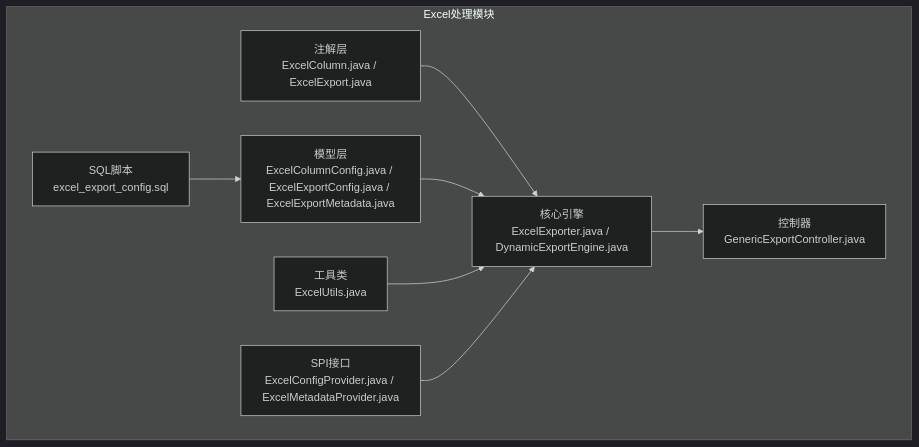
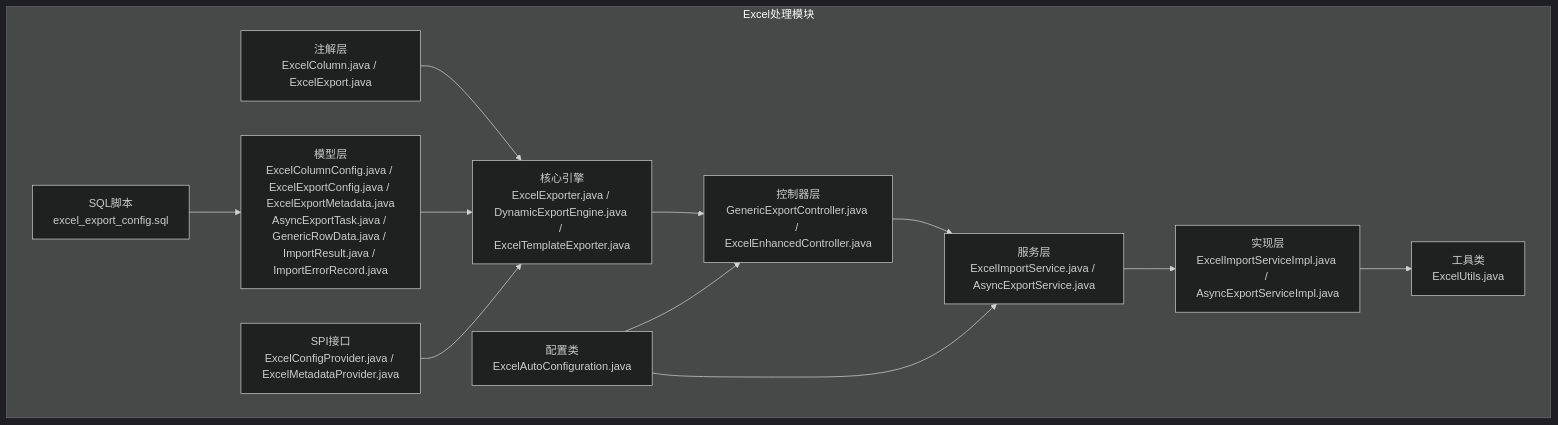
The first of 16 diagrams in .qoder/repowiki/zh/content/核心功能模块/Excel处理功能/Excel处理功能.md (yaomindong1996/forge-admin), drawn with Mermaid (dark theme) before and after one commit. The commit also changed other lines of this file and 37 other files, not shown here.

````diff
--- a/.qoder/repowiki/zh/content/核心功能模块/Excel处理功能/Excel处理功能.md
+++ b/.qoder/repowiki/zh/content/核心功能模块/Excel处理功能/Excel处理功能.md
@@ -44,18 +71,25 @@
 ```mermaid
 graph TB
 subgraph "Excel处理模块"
 A["注解层<br/>ExcelColumn.java / ExcelExport.java"]
-B["模型层<br/>ExcelColumnConfig.java / ExcelExportConfig.java / ExcelExportMetadata.java"]
-C["核心引擎<br/>ExcelExporter.java / DynamicExportEngine.java"]
-D["控制器<br/>GenericExportController.java"]
-E["工具类<br/>ExcelUtils.java"]
-F["SPI接口<br/>ExcelConfigProvider.java / ExcelMetadataProvider.java"]
-G["SQL脚本<br/>excel_export_config.sql"]
+B["模型层<br/>ExcelColumnConfig.java / ExcelExportConfig.java / ExcelExportMetadata.java<br/>AsyncExportTask.java / GenericRowData.java / ImportResult.java / ImportErrorRecord.java"]
+C["核心引擎<br/>ExcelExporter.java / DynamicExportEngine.java / ExcelTemplateExporter.java"]
+D["控制器层<br/>GenericExportController.java / ExcelEnhancedController.java"]
+E["服务层<br/>ExcelImportService.java / AsyncExportService.java"]
+F["实现层<br/>ExcelImportServiceImpl.java / AsyncExportServiceImpl.java"]
+G["工具类<br/>ExcelUtils.java"]
+H["SPI接口<br/>ExcelConfigProvider.java / ExcelMetadataProvider.java"]
+I["配置类<br/>ExcelAutoConfiguration.java"]
+J["SQL脚本<br/>excel_export_config.sql"]
 end
 A --> C
 B --> C
 C --> D
-E --> C
-F --> C
-G --> B
+D --> E
+E --> F
+F --> G
+H --> C
+I --> D
+I --> E
+J --> B
 ```
````
